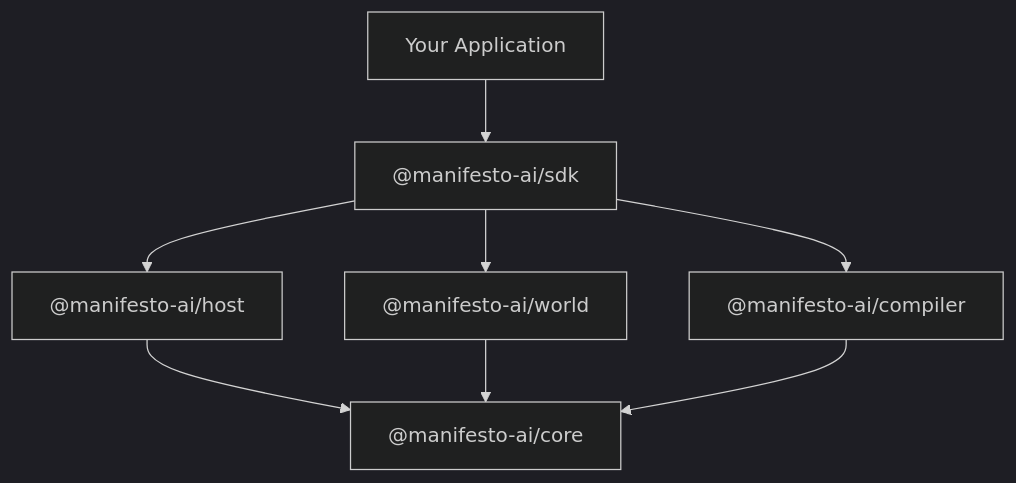
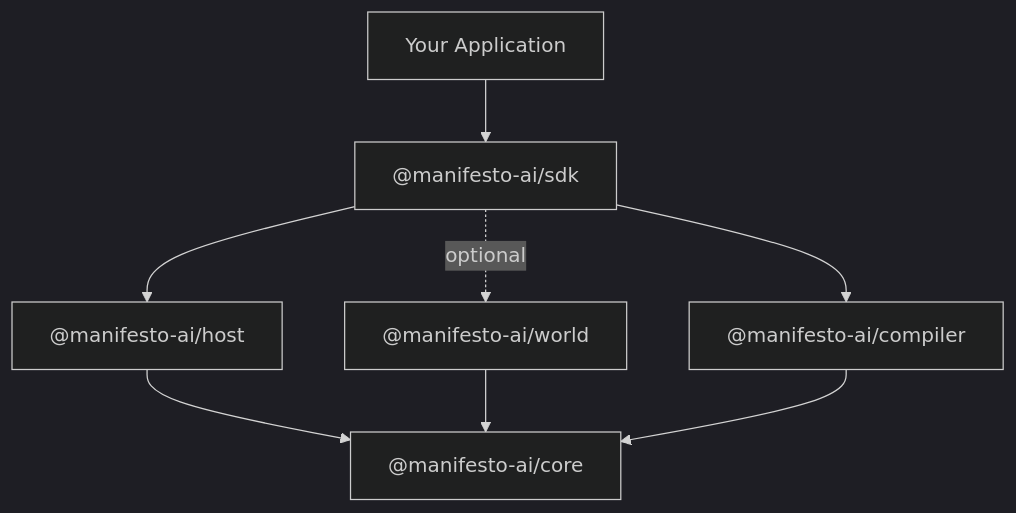
The diagram in docs/api/index.md (manifesto-ai/core), drawn with Mermaid (dark theme) before and after one commit. The commit also changed other lines of this file and 26 other files, not shown here.

````diff
--- a/docs/api/index.md
+++ b/docs/api/index.md
@@ -39,10 +39,10 @@
 ```mermaid
 flowchart TB
   APP["Your Application"] --> SDK["@manifesto-ai/sdk"]
   SDK --> H["@manifesto-ai/host"]
-  SDK --> W["@manifesto-ai/world"]
   SDK --> COMP["@manifesto-ai/compiler"]
+  SDK -. optional .-> W["@manifesto-ai/world"]
   H --> C["@manifesto-ai/core"]
   W --> C
   COMP --> C
 ```
````
